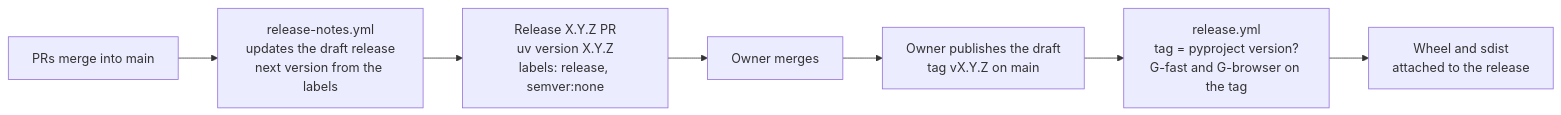
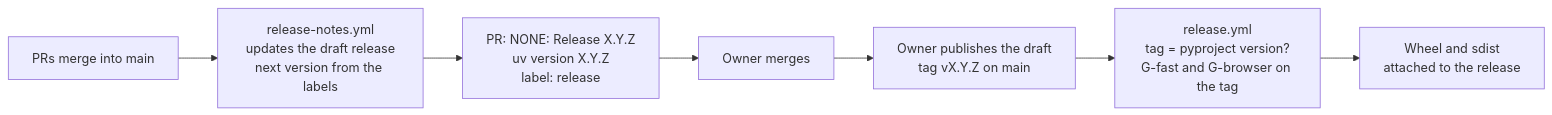
One commit to GeorgeMac06/CS2-demo-analyser changed the third of 3 diagrams in docs/workflows/dev-workflow.md. Above: the diagram before and after it, drawn with Mermaid. The commit also changed other lines of this file and 6 other files, not shown here.

````diff
--- a/docs/workflows/dev-workflow.md
+++ b/docs/workflows/dev-workflow.md
@@ -87,9 +87,9 @@
 ```mermaid
 flowchart LR
   A["PRs merge into main"] --> B["release-notes.yml<br/>updates the draft release<br/>next version from the labels"]
-  B --> C["Release X.Y.Z PR<br/>uv version X.Y.Z<br/>labels: release, semver:none"]
+  B --> C["PR: NONE: Release X.Y.Z<br/>uv version X.Y.Z<br/>label: release"]
   C --> D["Owner merges"]
   D --> E["Owner publishes the draft<br/>tag vX.Y.Z on main"]
   E --> F["release.yml<br/>tag = pyproject version?<br/>G-fast and G-browser on the tag"]
   F --> G["Wheel and sdist<br/>attached to the release"]
 ```
````
